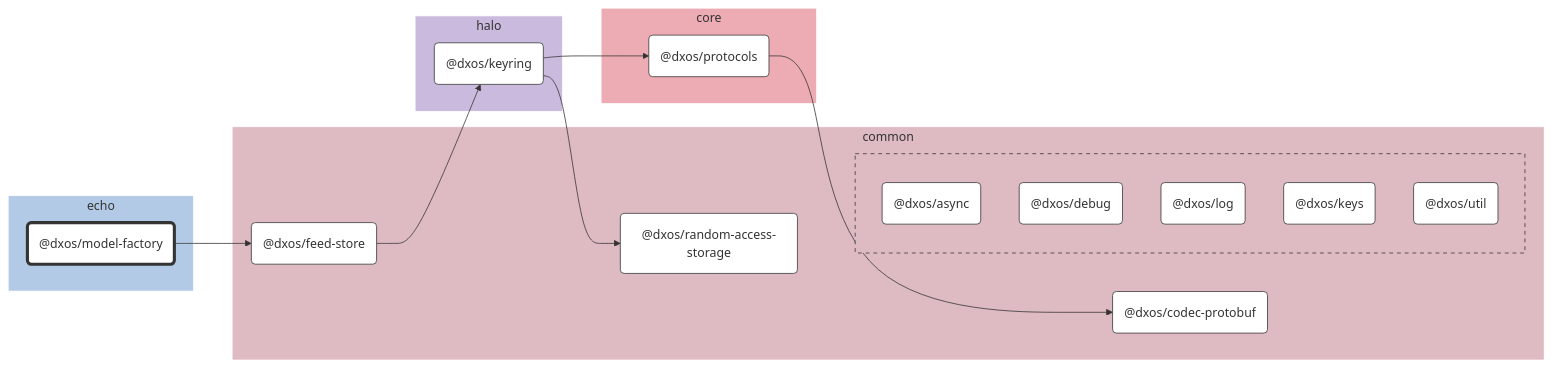
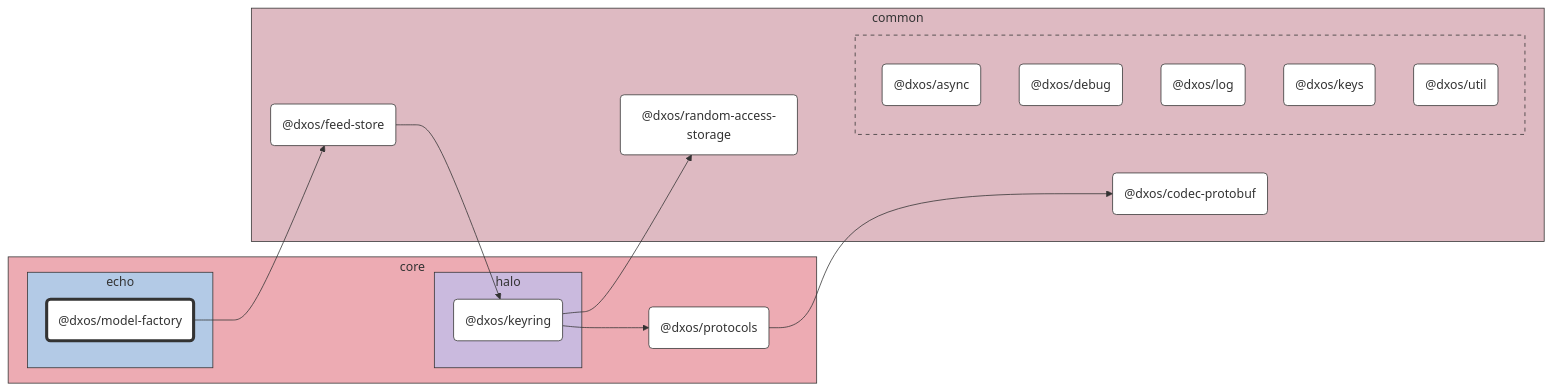
One commit to dxos/dxos changed the diagram in packages/core/echo/model-factory/docs/README.md. Above: the diagram before and after it, drawn with Mermaid. The commit also changed 89 other files, not shown here.

````diff
--- a/packages/core/echo/model-factory/docs/README.md
+++ b/packages/core/echo/model-factory/docs/README.md
@@ -7,61 +7,61 @@
 ```mermaid
 %%{ init: {'flowchart':{'curve':'basis'}} }%%
 
 flowchart LR
 
 %% Classes
 classDef def fill:#fff,stroke:#333,stroke-width:1px
 classDef root fill:#fff,stroke:#333,stroke-width:4px
 
 %% Nodes
 
-subgraph echo [echo]
-  style echo fill:#b3cae6,stroke:#fff
-  dxos/model-factory("@dxos/model-factory"):::root
-  click dxos/model-factory "dxos/dxos/tree/main/packages/core/echo/model-factory/docs"
+subgraph core [core]
+  style core fill:#edabb3,stroke:#333
+  dxos/protocols("@dxos/protocols"):::def
+  click dxos/protocols "dxos/dxos/tree/main/packages/core/protocols/docs"
+
+  subgraph echo [echo]
+    style echo fill:#b3cae6,stroke:#333
+    dxos/model-factory("@dxos/model-factory"):::root
+    click dxos/model-factory "dxos/dxos/tree/main/packages/core/echo/model-factory/docs"
+  end
+
+  subgraph halo [halo]
+    style halo fill:#cabade,stroke:#333
+    dxos/keyring("@dxos/keyring"):::def
+    click dxos/keyring "dxos/dxos/tree/main/packages/core/halo/keyring/docs"
+  end
 end
 
 subgraph common [common]
-  style common fill:#debac2,stroke:#fff
+  style common fill:#debac2,stroke:#333
   dxos/codec-protobuf("@dxos/codec-protobuf"):::def
   click dxos/codec-protobuf "dxos/dxos/tree/main/packages/common/codec-protobuf/docs"
   dxos/feed-store("@dxos/feed-store"):::def
   click dxos/feed-store "dxos/dxos/tree/main/packages/common/feed-store/docs"
   dxos/random-access-storage("@dxos/random-access-storage"):::def
   click dxos/random-access-storage "dxos/dxos/tree/main/packages/common/random-access-storage/docs"
 
-  subgraph common-excluded [ ]
-    style common-excluded fill:#debac2,stroke:#333,stroke-dasharray:5 5
+  subgraph _ [ ]
+    style _ fill:#debac2,stroke:#333,stroke-dasharray:5 5
     dxos/async("@dxos/async"):::def
     click dxos/async "dxos/dxos/tree/main/packages/common/async/docs"
     dxos/debug("@dxos/debug"):::def
     click dxos/debug "dxos/dxos/tree/main/packages/common/debug/docs"
     dxos/log("@dxos/log"):::def
     click dxos/log "dxos/dxos/tree/main/packages/common/log/docs"
     dxos/keys("@dxos/keys"):::def
     click dxos/keys "dxos/dxos/tree/main/packages/common/keys/docs"
     dxos/util("@dxos/util"):::def
     click dxos/util "dxos/dxos/tree/main/packages/common/util/docs"
   end
 end
 
-subgraph halo [halo]
-  style halo fill:#cabade,stroke:#fff
-  dxos/keyring("@dxos/keyring"):::def
-  click dxos/keyring "dxos/dxos/tree/main/packages/core/halo/keyring/docs"
-end
-
-subgraph core [core]
-  style core fill:#edabb3,stroke:#fff
-  dxos/protocols("@dxos/protocols"):::def
-  click dxos/protocols "dxos/dxos/tree/main/packages/core/protocols/docs"
-end
-
 %% Links
 linkStyle default stroke:#333,stroke-width:1px
 dxos/model-factory --> dxos/feed-store
 dxos/feed-store --> dxos/keyring
 dxos/keyring --> dxos/protocols
 dxos/protocols --> dxos/codec-protobuf
 dxos/keyring --> dxos/random-access-storage
 ```
````
